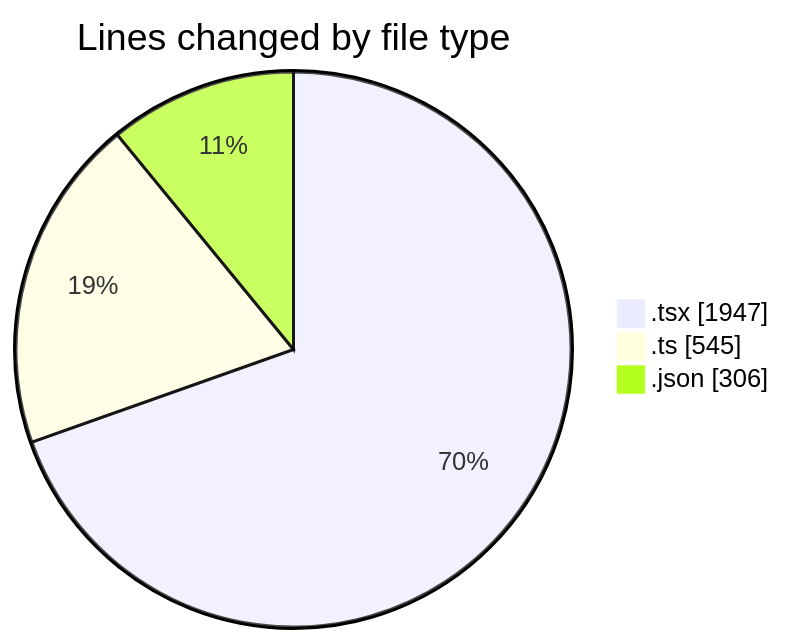
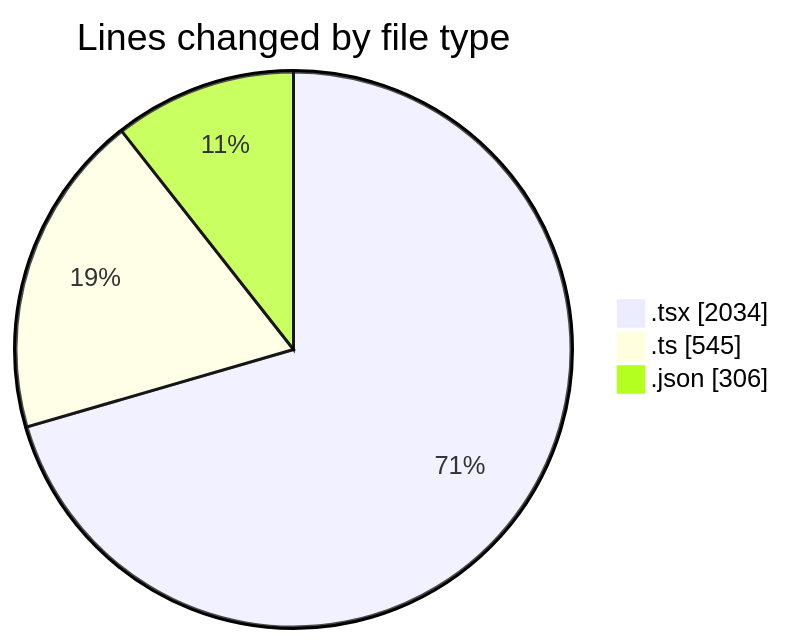
The first of 2 diagrams in 2025-11-22/eventscop-frontend-guide__workspace_/README.md (julien-gomy/code-tracking), drawn with Mermaid before and after one commit. The commit also changed other lines of this file and 1 other file, not shown here.

````diff
--- a/2025-11-22/eventscop-frontend-guide__workspace_/README.md
+++ b/2025-11-22/eventscop-frontend-guide__workspace_/README.md
@@ -43,7 +43,7 @@
 ```mermaid
 pie showData
 title Lines changed by file type
-".tsx" : 1947
+".tsx" : 2034
 ".ts" : 545
 ".json" : 306
 ```
````
